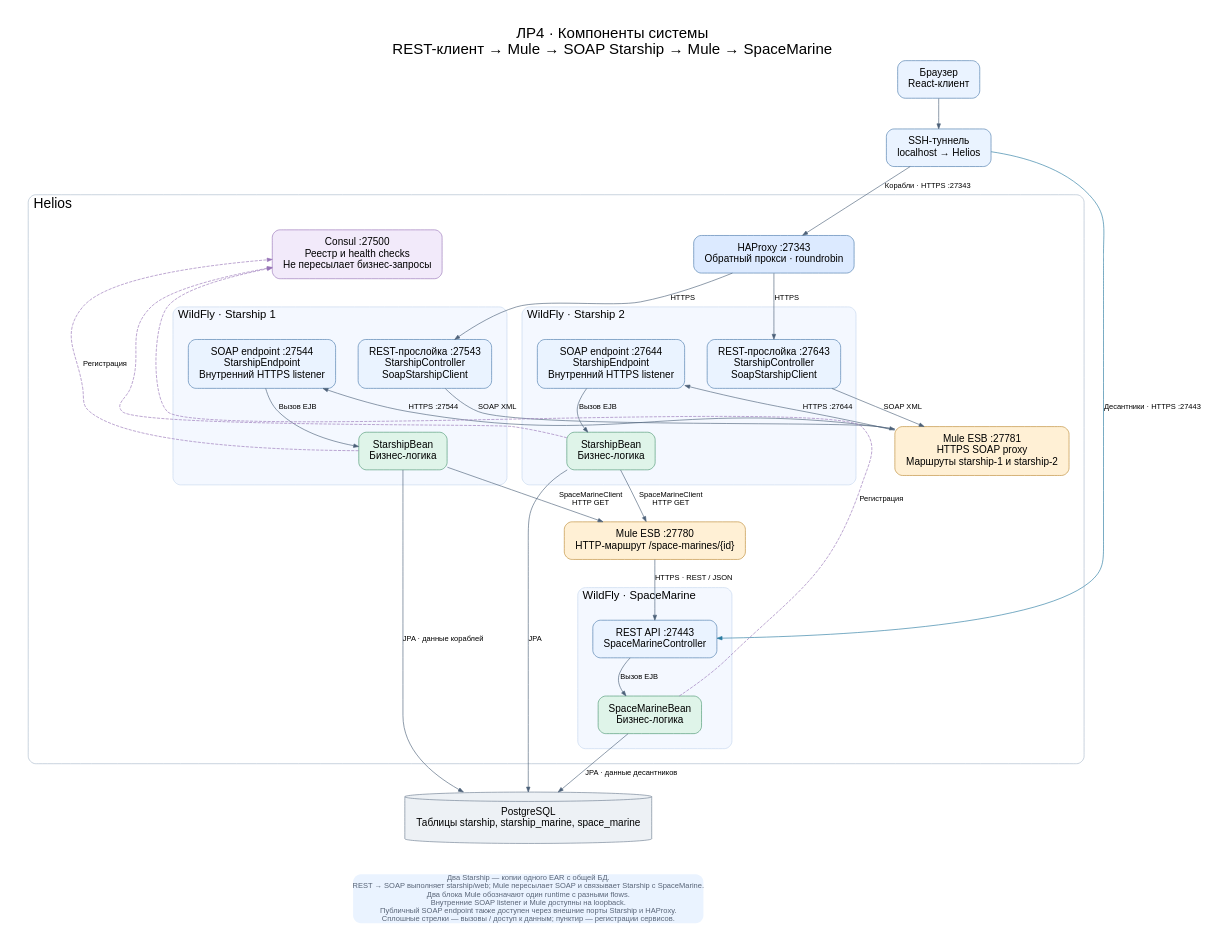
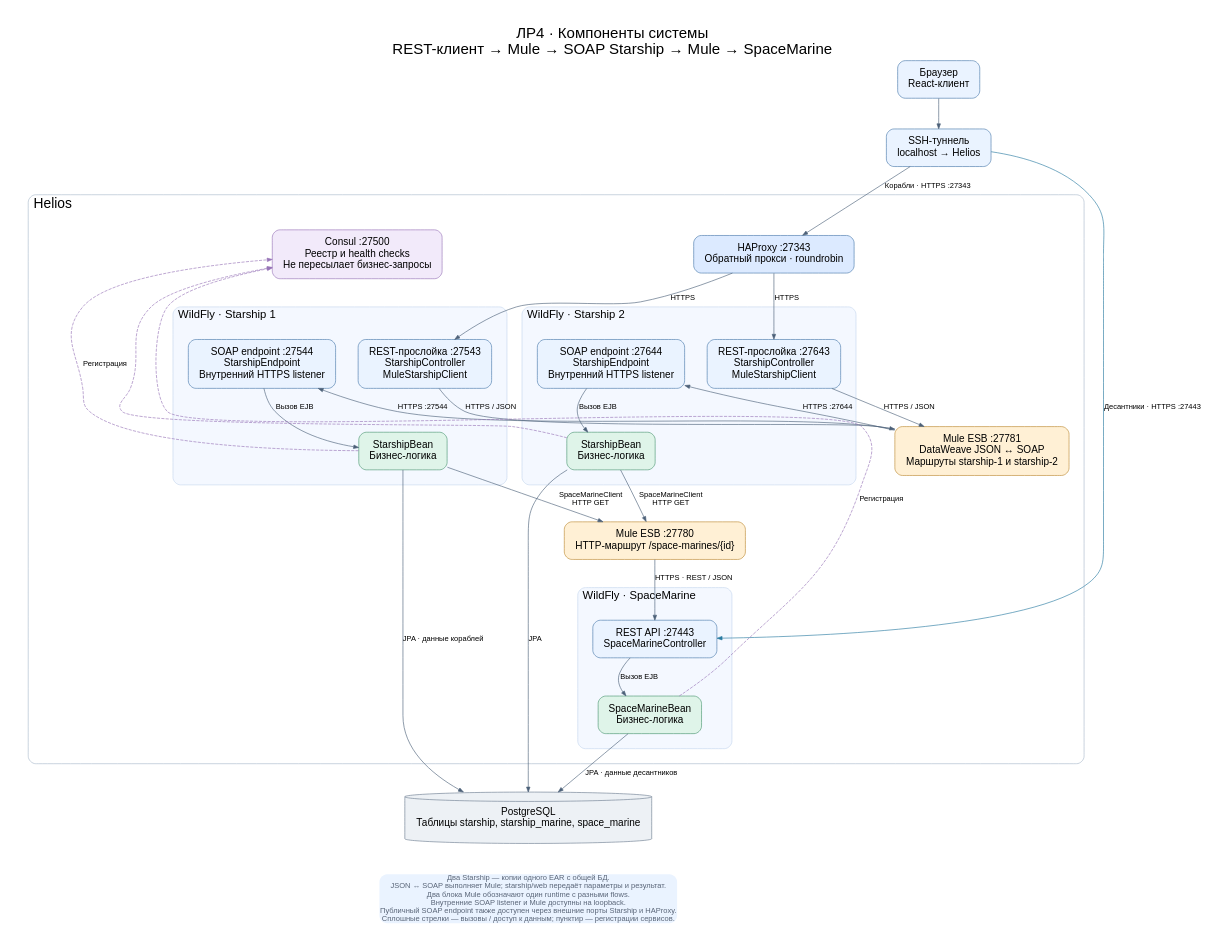
One commit to arekalov/soa-labs changed the diagram in docs/diagrams/lab4-components.dot. Above: the diagram before and after it, drawn with Graphviz. The commit also changed 19 other files, not shown here.

Commit message:
Move Starship JSON SOAP transformations into Mule

```diff
--- a/docs/diagrams/lab4-components.dot
+++ b/docs/diagrams/lab4-components.dot
@@ -1,57 +1,57 @@
 digraph Components {
   graph [rankdir=TB, bgcolor="#ffffff", pad=0.4, nodesep=0.5, ranksep=0.65, fontname="Arial", fontsize=24, labelloc=t, label="ЛР4 · Компоненты системы\nREST-клиент → Mule → SOAP Starship → Mule → SpaceMarine"];
   node [shape=box, style="rounded,filled", fillcolor="#eaf3ff", color="#4978ab", fontname="Arial", fontsize=16, margin="0.22,0.16"];
   edge [fontname="Arial", fontsize=12, color="#4c6078", arrowsize=0.8];
   browser [label="Браузер\nReact-клиент"];
   tunnel [label="SSH-туннель\nlocalhost → Helios"];
   browser -> tunnel;
   subgraph cluster_helios {
     label="Helios"; labeljust=l; fontname="Arial"; fontsize=22; color="#a9b8ca"; style="rounded"; margin=24;
     ha [label="HAProxy :27343\nОбратный прокси · roundrobin", fillcolor="#dceaff"];
     subgraph cluster_s1 {
       label="WildFly · Starship 1"; labeljust=l; fontsize=18; style="rounded,filled"; fillcolor="#f4f8ff"; color="#c4d5ed";
-      r1 [label="REST-прослойка :27543\nStarshipController\nSoapStarshipClient"];
+      r1 [label="REST-прослойка :27543\nStarshipController\nMuleStarshipClient"];
       s1 [label="SOAP endpoint :27544\nStarshipEndpoint\nВнутренний HTTPS listener"];
       b1 [label="StarshipBean\nБизнес-логика", fillcolor="#dff4e9", color="#4b9671"];
 
       s1 -> b1 [label="Вызов EJB"];
     }
     subgraph cluster_s2 {
       label="WildFly · Starship 2"; labeljust=l; fontsize=18; style="rounded,filled"; fillcolor="#f4f8ff"; color="#c4d5ed";
-      r2 [label="REST-прослойка :27643\nStarshipController\nSoapStarshipClient"];
+      r2 [label="REST-прослойка :27643\nStarshipController\nMuleStarshipClient"];
       s2 [label="SOAP endpoint :27644\nStarshipEndpoint\nВнутренний HTTPS listener"];
       b2 [label="StarshipBean\nБизнес-логика", fillcolor="#dff4e9", color="#4b9671"];
 
       s2 -> b2 [label="Вызов EJB"];
     }
-    soapmule [label="Mule ESB :27781\nHTTPS SOAP proxy\nМаршруты starship-1 и starship-2", fillcolor="#fff0d5", color="#bc8b34"];
-    r1 -> soapmule [label="SOAP XML"];
-    r2 -> soapmule [label="SOAP XML"];
+    soapmule [label="Mule ESB :27781\nDataWeave JSON ↔ SOAP\nМаршруты starship-1 и starship-2", fillcolor="#fff0d5", color="#bc8b34"];
+    r1 -> soapmule [label="HTTPS / JSON"];
+    r2 -> soapmule [label="HTTPS / JSON"];
     soapmule -> s1 [label="HTTPS :27544"];
     soapmule -> s2 [label="HTTPS :27644"];
     mule [label="Mule ESB :27780\nHTTP-маршрут /space-marines/{id}", fillcolor="#fff0d5", color="#bc8b34"];
     subgraph cluster_sm {
       label="WildFly · SpaceMarine"; labeljust=l; fontsize=18; style="rounded,filled"; fillcolor="#f4f8ff"; color="#c4d5ed";
       restsm [label="REST API :27443\nSpaceMarineController"];
       beansm [label="SpaceMarineBean\nБизнес-логика", fillcolor="#dff4e9", color="#4b9671"];
       restsm -> beansm [label="Вызов EJB"];
     }
     consul [label="Consul :27500\nРеестр и health checks\nНе пересылает бизнес-запросы", fillcolor="#f2eafa", color="#9774b7"];
     ha -> r1 [label="HTTPS"];
     ha -> r2 [label="HTTPS"];
     b1 -> mule [label="SpaceMarineClient\nHTTP GET"];
     b2 -> mule [label="SpaceMarineClient\nHTTP GET"];
     mule -> restsm [label="HTTPS · REST / JSON"];
     b1 -> consul [style=dashed, color="#9774b7", label="Регистрация", constraint=false];
     b2 -> consul [style=dashed, color="#9774b7", constraint=false];
     beansm -> consul [style=dashed, color="#9774b7", label="Регистрация", constraint=false];
   }
   tunnel -> ha [label="Корабли · HTTPS :27343"];
   tunnel -> restsm [label="Десантники · HTTPS :27443", color="#287aa0"];
   db [shape=cylinder, label="PostgreSQL\nТаблицы starship, starship_marine, space_marine", fillcolor="#edf1f5", color="#6d7d90"];
   b1 -> db [label="JPA · данные кораблей"];
   b2 -> db [label="JPA"];
   beansm -> db [label="JPA · данные десантников"];
-  note [shape=plain, fontsize=12, fontcolor="#596578", label="Два Starship — копии одного EAR с общей БД.\nREST → SOAP выполняет starship/web; Mule пересылает SOAP и связывает Starship с SpaceMarine.\nДва блока Mule обозначают один runtime с разными flows.\nВнутренние SOAP listener и Mule доступны на loopback.\nПубличный SOAP endpoint также доступен через внешние порты Starship и HAProxy.\nСплошные стрелки — вызовы / доступ к данным; пунктир — регистрации сервисов."];
+  note [shape=plain, fontsize=12, fontcolor="#596578", label="Два Starship — копии одного EAR с общей БД.\nJSON ↔ SOAP выполняет Mule; starship/web передаёт параметры и результат.\nДва блока Mule обозначают один runtime с разными flows.\nВнутренние SOAP listener и Mule доступны на loopback.\nПубличный SOAP endpoint также доступен через внешние порты Starship и HAProxy.\nСплошные стрелки — вызовы / доступ к данным; пунктир — регистрации сервисов."];
   db -> note [style=invis];
 }
```
